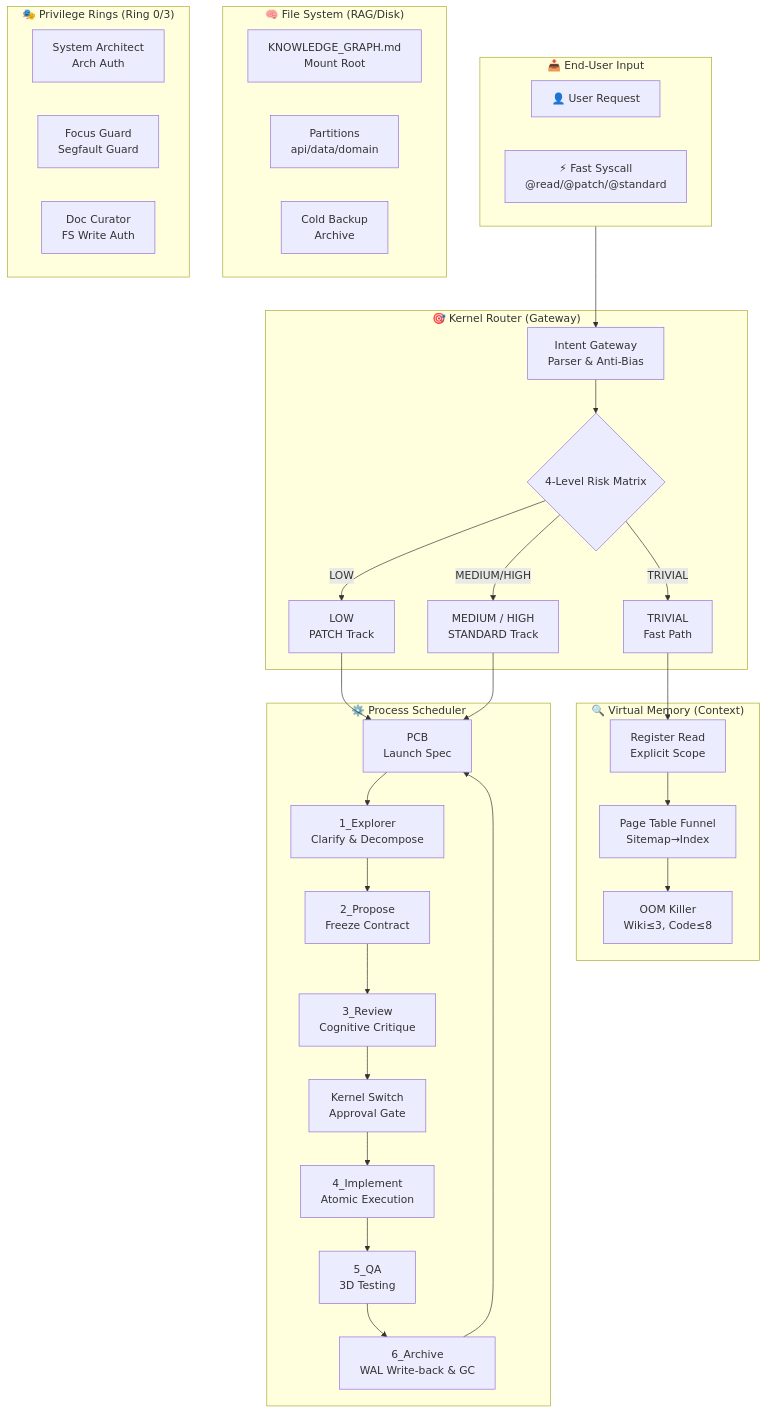
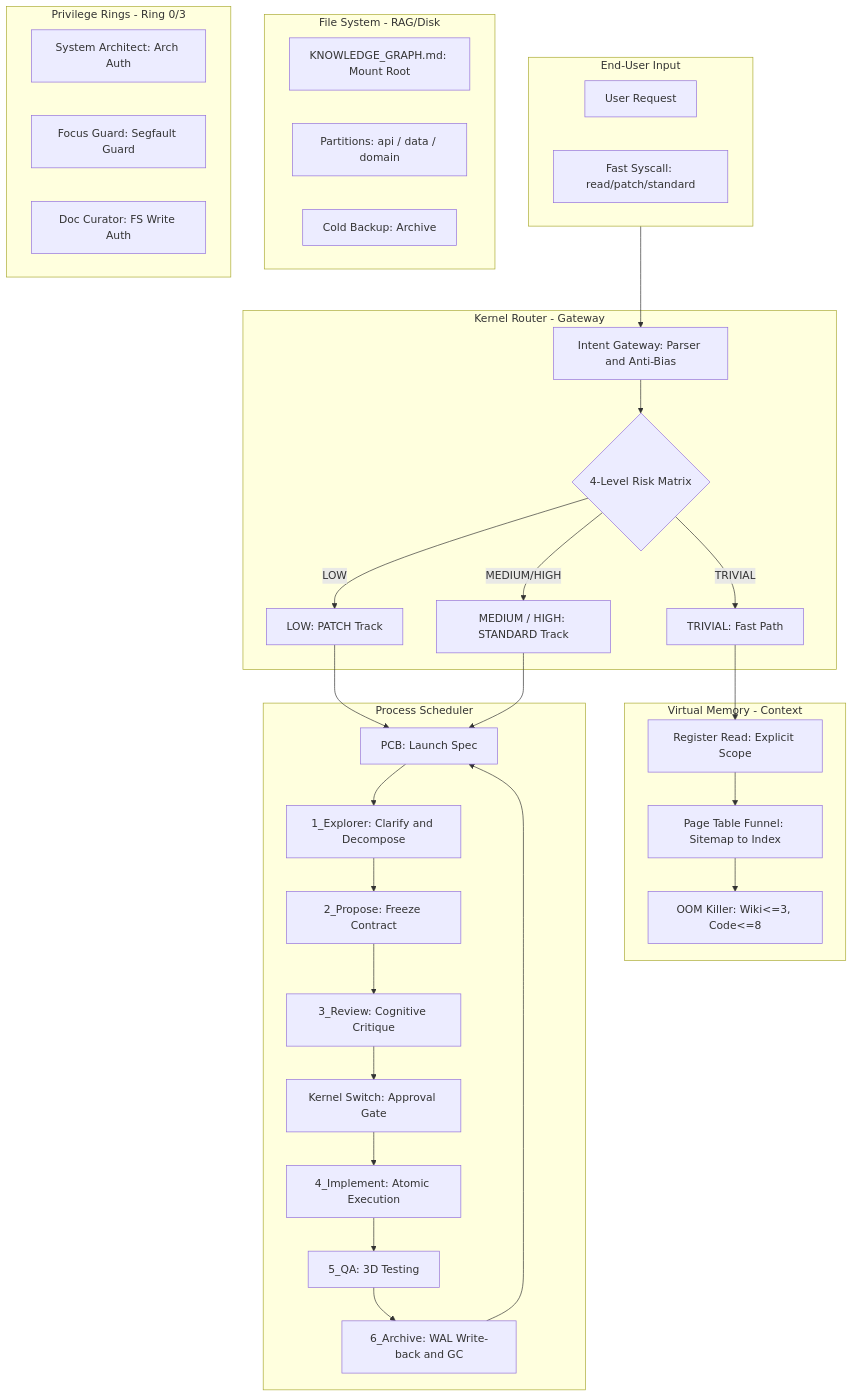
Before and after one commit to listener-He/java-harness-agent: the diagram in README.md, drawn with Mermaid. The commit also changed other lines of this file and 3 other files, not shown here.

````diff
--- a/README.md
+++ b/README.md
@@ -104,66 +103,66 @@
 ```mermaid
-flowchart TB
-    subgraph Input["📥 End-User Input"]
-        User[👤 User Request]
-        Shortcut["⚡ Fast Syscall<br/>@read/@patch/@standard"]
+graph TD
+    subgraph Input["End-User Input"]
+        User["User Request"]
+        Shortcut["Fast Syscall: read/patch/standard"]
     end
-    
-    subgraph Kernel["🎯 Kernel Router (Gateway)"]
-        IG[Intent Gateway<br/>Parser & Anti-Bias]
-        Risk{4-Level Risk Matrix}
-        TRIVIAL[TRIVIAL<br/>Fast Path]
-        LOW[LOW<br/>PATCH Track]
-        MEDHIGH[MEDIUM / HIGH<br/>STANDARD Track]
+
+    subgraph Kernel["Kernel Router - Gateway"]
+        IG["Intent Gateway: Parser and Anti-Bias"]
+        Risk{"4-Level Risk Matrix"}
+        TRIVIAL["TRIVIAL: Fast Path"]
+        LOW["LOW: PATCH Track"]
+        MEDHIGH["MEDIUM / HIGH: STANDARD Track"]
     end
-    
-    subgraph Context["🔍 Virtual Memory (Context)"]
-        DirectRead[Register Read<br/>Explicit Scope]
-        Funnel[Page Table Funnel<br/>Sitemap→Index]
-        Budget[OOM Killer<br/>Wiki≤3, Code≤8]
+
+    subgraph Context["Virtual Memory - Context"]
+        DirectRead["Register Read: Explicit Scope"]
+        Funnel["Page Table Funnel: Sitemap to Index"]
+        Budget["OOM Killer: Wiki<=3, Code<=8"]
     end
-    
-    subgraph Knowledge["🧠 File System (RAG/Disk)"]
-        KG[KNOWLEDGE_GRAPH.md<br/>Mount Root]
-        DomainIndex["Partitions<br/>api/data/domain"]
-        Archive[Cold Backup<br/>Archive]
+
+    subgraph Knowledge["File System - RAG/Disk"]
+        KG["KNOWLEDGE_GRAPH.md: Mount Root"]
+        DomainIndex["Partitions: api / data / domain"]
+        Archive["Cold Backup: Archive"]
     end
-    
-    subgraph Lifecycle["⚙️ Process Scheduler"]
-        LaunchSpec[PCB<br/>Launch Spec]
-        Phase1[1_Explorer<br/>Clarify & Decompose]
-        Phase2[2_Propose<br/>Freeze Contract]
-        Phase3[3_Review<br/>Cognitive Critique]
-        ApprovalGate[Kernel Switch<br/>Approval Gate]
-        Phase4[4_Implement<br/>Atomic Execution]
-        Phase5[5_QA<br/>3D Testing]
-        Phase6[6_Archive<br/>WAL Write-back & GC]
+
+    subgraph Lifecycle["Process Scheduler"]
+        LaunchSpec["PCB: Launch Spec"]
+        Phase1["1_Explorer: Clarify and Decompose"]
+        Phase2["2_Propose: Freeze Contract"]
+        Phase3["3_Review: Cognitive Critique"]
+        ApprovalGate["Kernel Switch: Approval Gate"]
+        Phase4["4_Implement: Atomic Execution"]
+        Phase5["5_QA: 3D Testing"]
+        Phase6["6_Archive: WAL Write-back and GC"]
     end
-    
-    subgraph Roles["🎭 Privilege Rings (Ring 0/3)"]
-        SysArchitect[System Architect<br/>Arch Auth]
-        FocusGuard[Focus Guard<br/>Segfault Guard]
-        DocCurator[Doc Curator<br/>FS Write Auth]
+
+    subgraph Roles["Privilege Rings - Ring 0/3"]
+        SysArchitect["System Architect: Arch Auth"]
+        FocusGuard["Focus Guard: Segfault Guard"]
+        DocCurator["Doc Curator: FS Write Auth"]
     end
-    
+
     Input --> IG
     IG --> Risk
     Risk -->|TRIVIAL| TRIVIAL
     Risk -->|LOW| LOW
     Risk -->|MEDIUM/HIGH| MEDHIGH
-    
+
     TRIVIAL --> DirectRead
     LOW --> LaunchSpec
     MEDHIGH --> LaunchSpec
-    
+
     DirectRead --> Funnel
     Funnel --> Budget
-    
+
     LaunchSpec --> Phase1
     Phase1 --> Phase2
     Phase2 --> Phase3
     Phase3 --> ApprovalGate
     ApprovalGate --> Phase4
     Phase4 --> Phase5
     Phase5 --> Phase6
     Phase6 --> LaunchSpec
 ```
````
